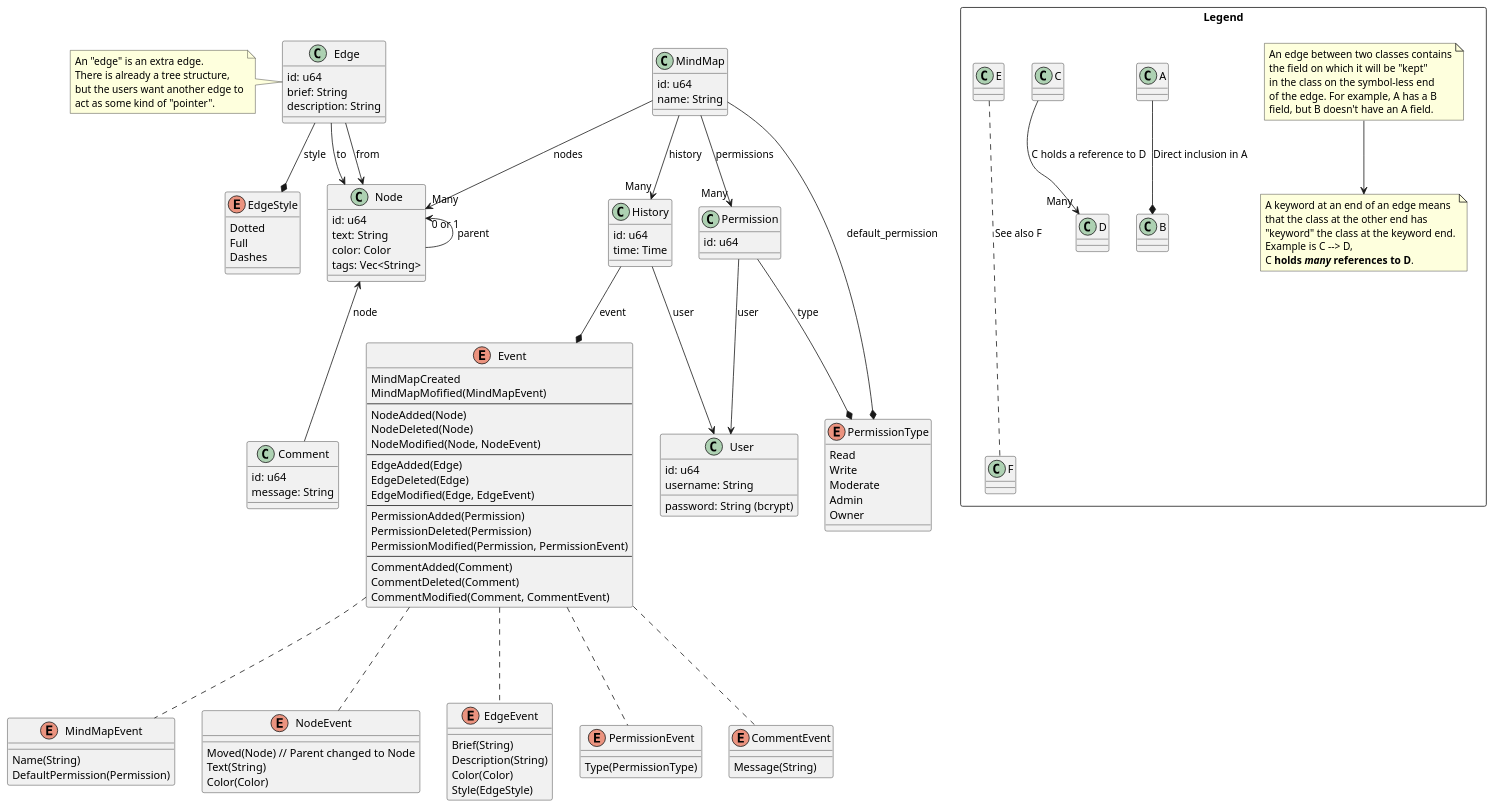
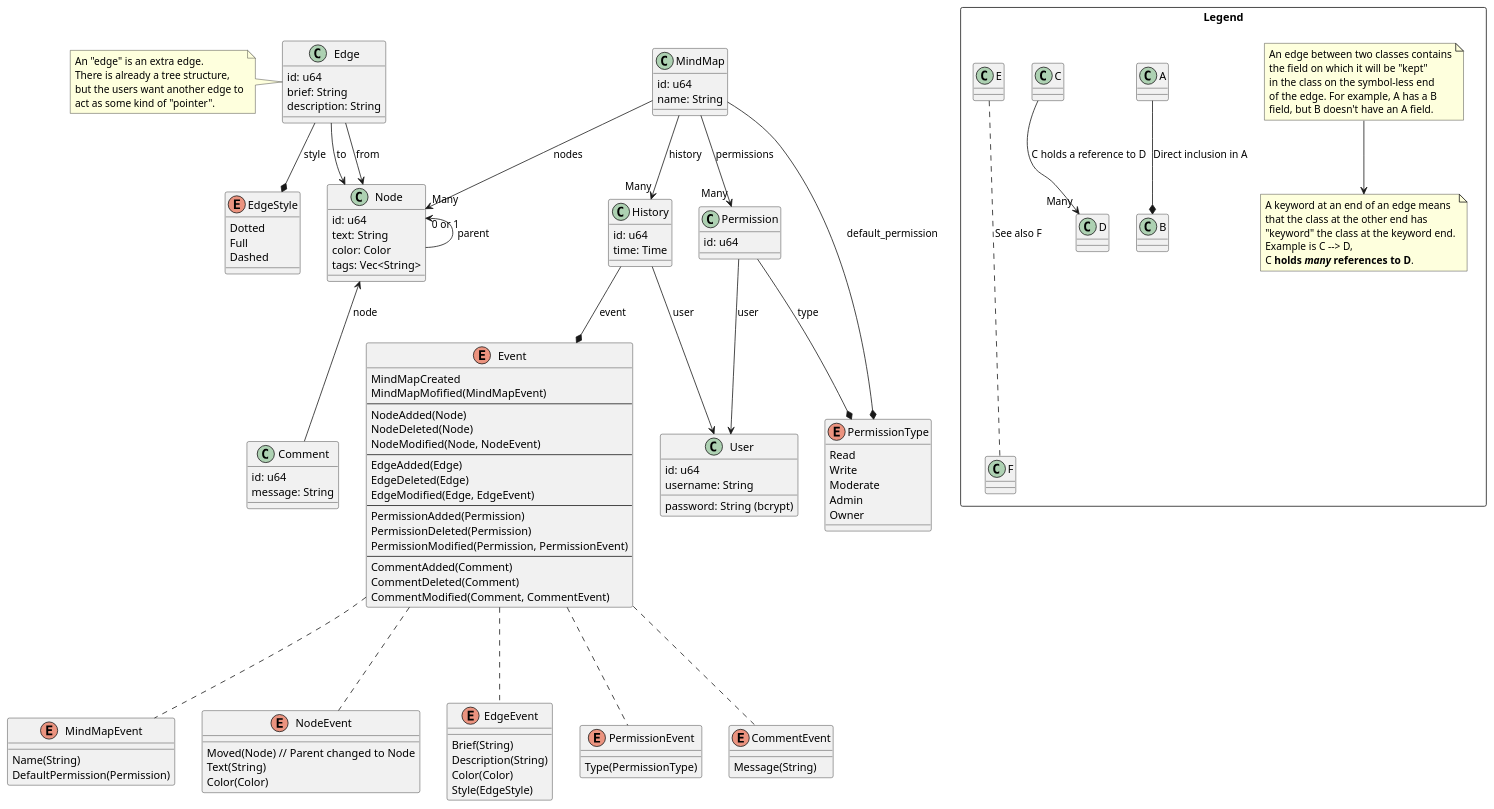
One commit to FlatBartender/mindmap changed the diagram in specs/classes.puml. Above: the diagram before and after it, drawn with PlantUML.

```diff
--- a/specs/classes.puml
+++ b/specs/classes.puml
@@ -1,174 +1,174 @@
 @startuml
 
 class MindMap {
 	id: u64
 	name: String
 }
 
 MindMap --> "Many" Node : nodes
 MindMap --> "Many" Permission : permissions
 MindMap --* PermissionType : default_permission
 MindMap --> "Many" History : history
 
 class Permission {
 	id: u64
 }
 
 Permission --> User : user
 Permission --* PermissionType : type
 
 enum PermissionType {
 	Read
 	Write
 	Moderate
 	Admin
 	Owner
 }
 
 class Node {
 	id: u64
 	text: String
 	color: Color
 	tags: Vec<String>
 }
 
 Node "0 or 1" <-- Node : parent
 
 class Comment {
 	id: u64
 	message: String
 }
 
 Node <-- Comment : node
 
 class Edge {
 	id: u64
 	brief: String
 	description: String
 }
 
 note left of Edge
 	An "edge" is an extra edge. 
 	There is already a tree structure,
 	but the users want another edge to
 	act as some kind of "pointer".
 end note
 
 Edge --> Node : from
 Edge --> Node : to
 
 enum EdgeStyle {
 	Dotted
 	Full
-	Dashes
+	Dashed
 }
 
 Edge --* EdgeStyle : style
 
 class User {
 	id: u64
 	username: String
 	password: String (bcrypt)
 }
 
 class History {
 	id: u64
 	time: Time
 }
 
 History --> User : user
 
 enum Event {
 	MindMapCreated
 	MindMapMofified(MindMapEvent)
 	---
 	NodeAdded(Node)
 	NodeDeleted(Node)
 	NodeModified(Node, NodeEvent)
 	---
 	EdgeAdded(Edge)
 	EdgeDeleted(Edge)
 	EdgeModified(Edge, EdgeEvent)
 	---
 	PermissionAdded(Permission)
 	PermissionDeleted(Permission)
 	PermissionModified(Permission, PermissionEvent)
 	---
 	CommentAdded(Comment)
 	CommentDeleted(Comment)
 	CommentModified(Comment, CommentEvent)
 }
 
 History --* Event : event
 
 enum MindMapEvent {
 	Name(String)
 	DefaultPermission(Permission)
 }
 
 Event ... MindMapEvent
 
 enum NodeEvent {
 	Moved(Node) // Parent changed to Node
 	Text(String)
 	Color(Color)
 }
 
 Event ... NodeEvent
 
 enum EdgeEvent {
 	Brief(String)
 	Description(String)
 	Color(Color)
 	Style(EdgeStyle)
 }
 
 Event ... EdgeEvent
 
 enum PermissionEvent {
 	Type(PermissionType)
 }
 
 Event ... PermissionEvent
 
 enum CommentEvent {
 	Message(String)
 }
 
 Event ... CommentEvent
 
 package Legend <<Rectangle>> {
 	class A
 	class B
 	A --* B : Direct inclusion in A
 
 	class C
 	class D
 	C --> "Many" D : C holds a reference to D
 
 	class E
 	class F
 	E ... F : See also F
 
 	together {
 		note as legend_note_1
 			An edge between two classes contains
 			the field on which it will be "kept"
 			in the class on the symbol-less end
 			of the edge. For example, A has a B
 			field, but B doesn't have an A field.
 		end note
 
 		note as legend_note_2
 			A keyword at an end of an edge means
 			that the class at the other end has
 			"keyword" the class at the keyword end.
 			Example is C --> D,
 			C <b>holds <i>many</i> references to D</b>.
 		end note
 
 		legend_note_1 -down-> legend_note_2
 	}
 }
 
 @enduml
```
